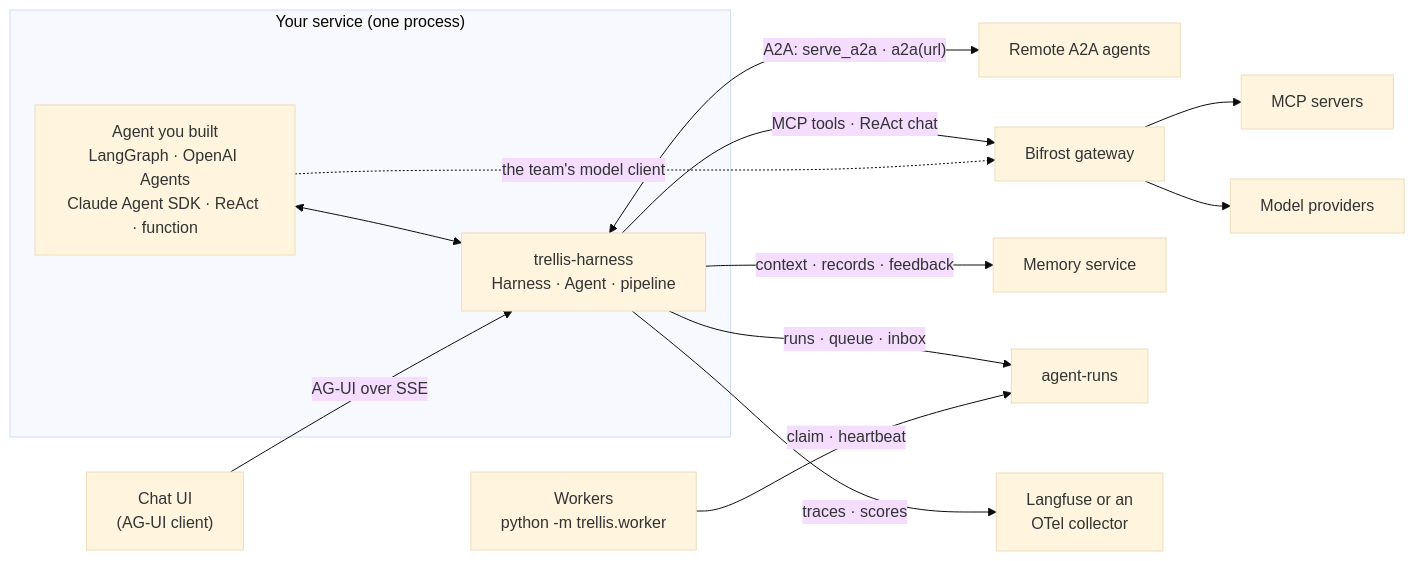
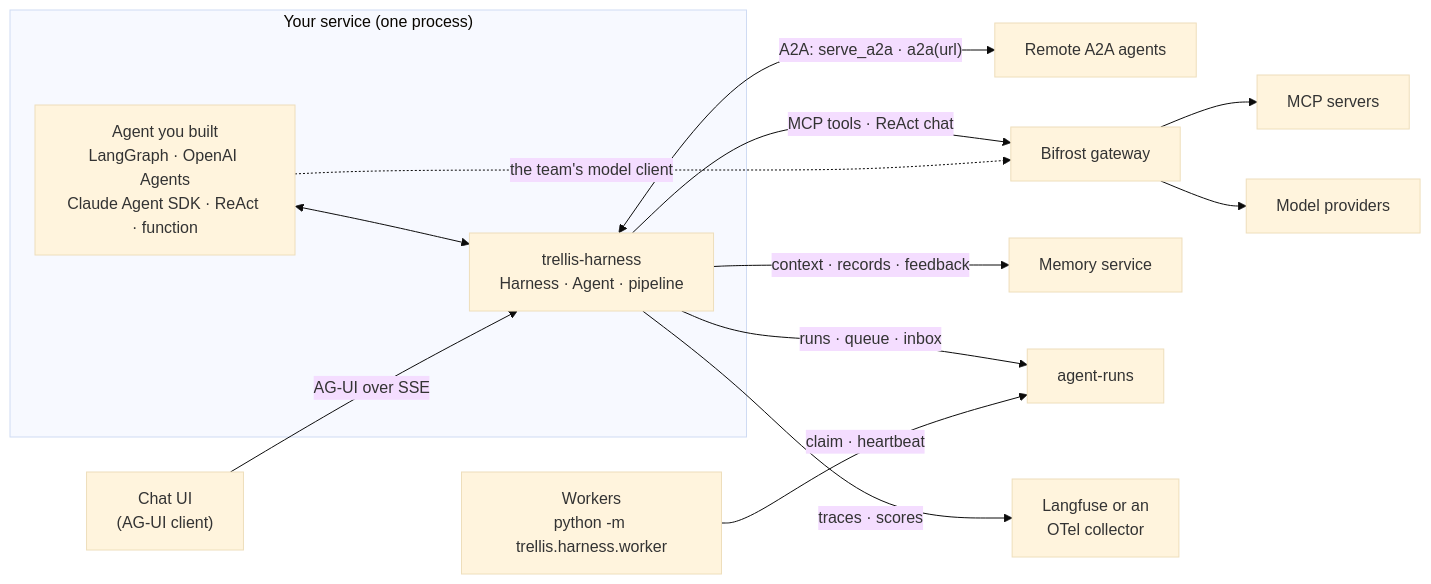
One commit to amitmohapatra/agent-harness changed the first of 10 diagrams in ARCHITECTURE.md. Above: the diagram before and after it, drawn with Mermaid (base theme). The commit also changed other lines of this file and 18 other files, not shown here.

First line of the commit message:
The worker runs on trellis.runs.Worker

````diff
--- a/ARCHITECTURE.md
+++ b/ARCHITECTURE.md
@@ -14,18 +14,18 @@
 ```mermaid
 flowchart LR
   subgraph app["Your service (one process)"]
     target["Agent you built<br/>LangGraph · OpenAI Agents<br/>Claude Agent SDK · ReAct · function"]
     harness["trellis-harness<br/>Harness · Agent · pipeline"]
     target <--> harness
   end
   ui["Chat UI<br/>(AG-UI client)"] -- "AG-UI over SSE" --> harness
   harness <-- "A2A: serve_a2a · a2a(url)" --> peer["Remote A2A agents"]
   harness -- "MCP tools · ReAct chat" --> bifrost["Bifrost gateway"]
   target -. "the team's model client" .-> bifrost
   bifrost --> mcp["MCP servers"]
   bifrost --> models["Model providers"]
   harness -- "context · records · feedback" --> memory["Memory service"]
   harness -- "runs · queue · inbox" --> runs["agent-runs"]
-  worker["Workers<br/>python -m trellis.worker"] -- "claim · heartbeat" --> runs
+  worker["Workers<br/>python -m trellis.harness.worker"] -- "claim · heartbeat" --> runs
   harness -- "traces · scores" --> otel["Langfuse or an<br/>OTel collector"]
 ```
````
